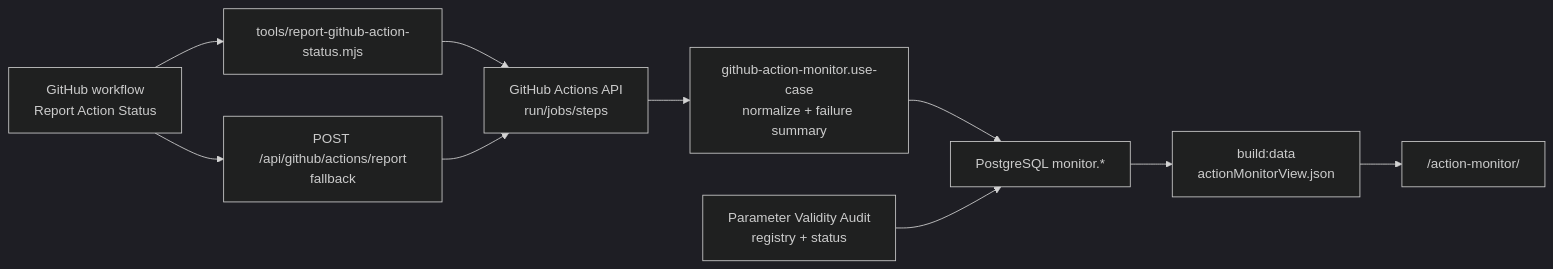
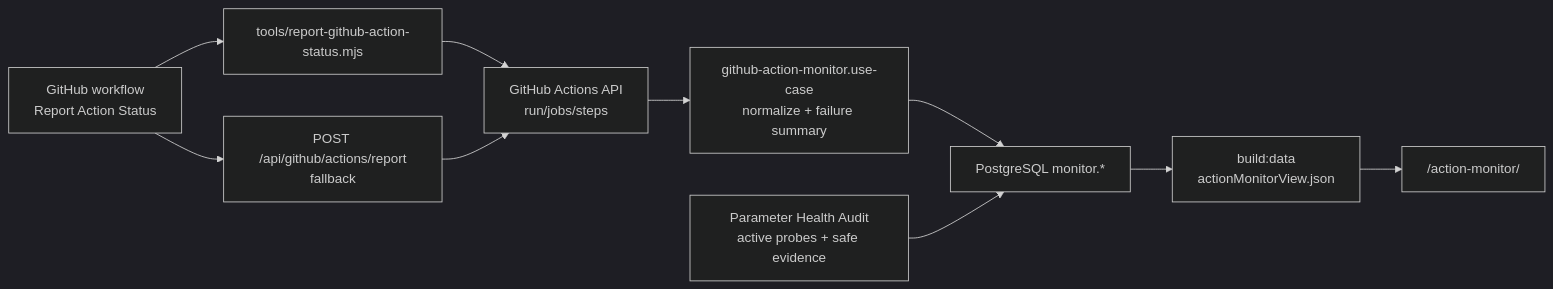
Before and after one commit to soulgo/training_records: the diagram in docs/02_系统核心逻辑/Action日志与失败补偿.md, drawn with Mermaid (dark theme). The commit also changed other lines of this file and 41 other files, not shown here.

````diff
--- a/docs/02_系统核心逻辑/Action日志与失败补偿.md
+++ b/docs/02_系统核心逻辑/Action日志与失败补偿.md
@@ -41,12 +41,12 @@
 ```mermaid
 flowchart LR
   Workflow["GitHub workflow<br/>Report Action Status"] --> LocalReporter["tools/report-github-action-status.mjs"]
   Workflow --> HttpReporter["POST /api/github/actions/report<br/>fallback"]
   LocalReporter --> GitHubAPI["GitHub Actions API<br/>run/jobs/steps"]
   HttpReporter --> GitHubAPI
   GitHubAPI --> Normalize["github-action-monitor.use-case<br/>normalize + failure summary"]
   Normalize --> MonitorDB["PostgreSQL monitor.*"]
-  ParamAudit["Parameter Validity Audit<br/>registry + status"] --> MonitorDB
+  ParamAudit["Parameter Health Audit<br/>active probes + safe evidence"] --> MonitorDB
   MonitorDB --> SiteData["build:data<br/>actionMonitorView.json"]
   SiteData --> Page["/action-monitor/"]
 ```
````
